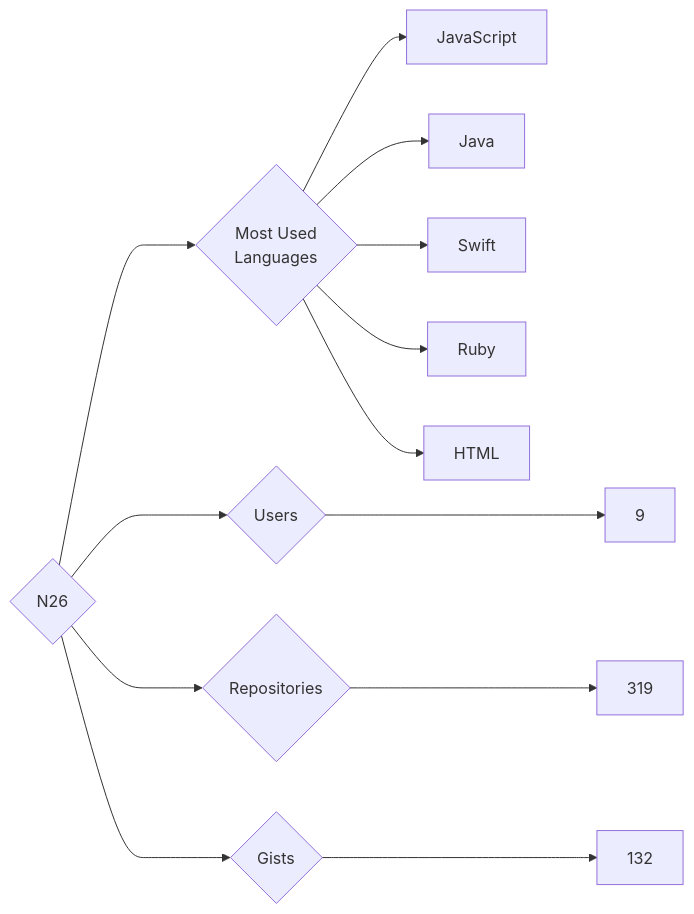
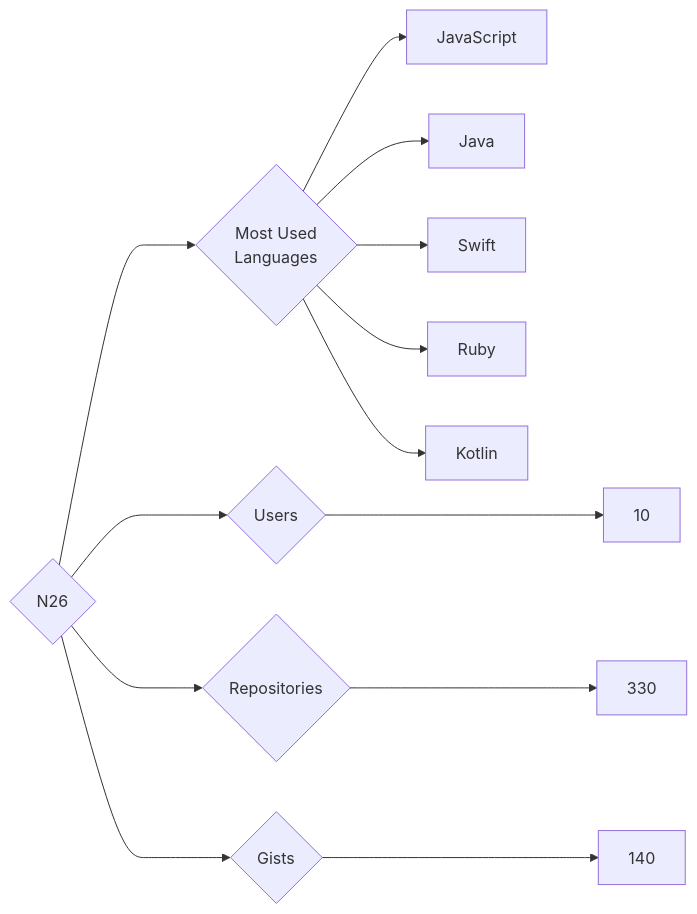
One commit to trickest/insiders changed the diagram in targets/N26/README.md. Above: the diagram before and after it, drawn with Mermaid. The commit also changed 903 other files, not shown here.

````diff
--- a/targets/N26/README.md
+++ b/targets/N26/README.md
@@ -3,13 +3,13 @@
 ```mermaid
 graph LR
 COMPANY_NAME{N26}
-COMPANY_NAME ---> U{Users} ---> UN[9]
-COMPANY_NAME ---> R{Repositories} ---> RN[319]
-COMPANY_NAME ---> G{Gists} ---> GN[132]
+COMPANY_NAME ---> U{Users} ---> UN[10]
+COMPANY_NAME ---> R{Repositories} ---> RN[330]
+COMPANY_NAME ---> G{Gists} ---> GN[140]
 COMPANY_NAME ---> ML{Most Used<br>Languages}
 ML --> JavaScript[JavaScript]
 ML --> Java[Java]
 ML --> Swift[Swift]
 ML --> Ruby[Ruby]
-ML --> HTML[HTML]
+ML --> Kotlin[Kotlin]
 ```
````
